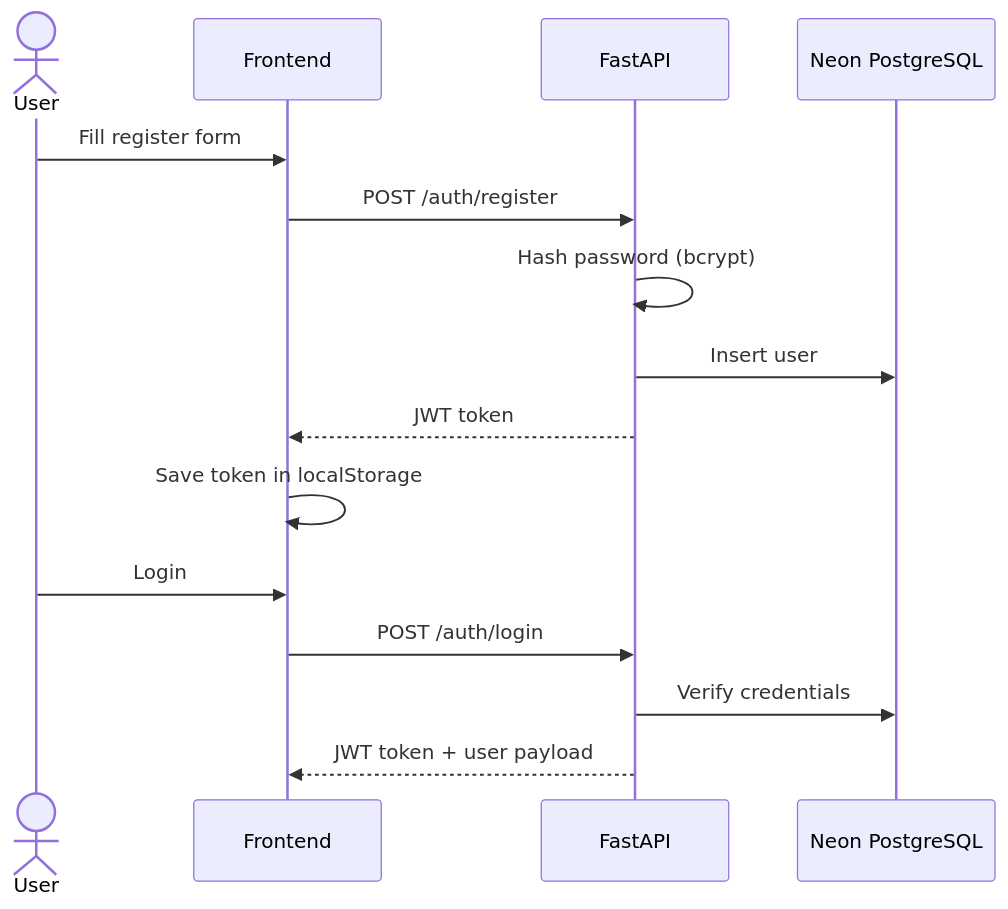
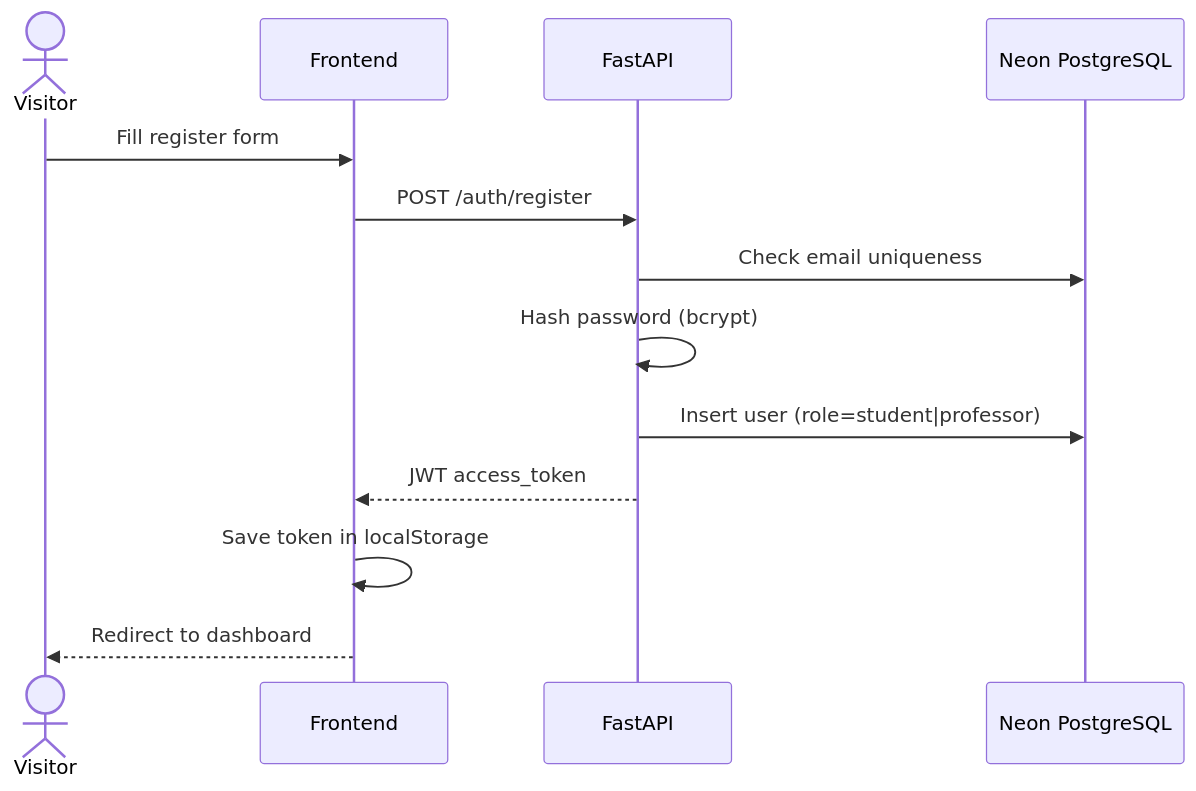
The fourth of 5 diagrams in docs/sprints/SPRINT_1.md (yazidha09/Hub4Learners), drawn with Mermaid before and after one commit. The commit also changed other lines of this file and 1 other file, not shown here.

````diff
--- a/docs/sprints/SPRINT_1.md
+++ b/docs/sprints/SPRINT_1.md
@@ -134,19 +89,16 @@
 ```mermaid
 sequenceDiagram
-    actor User
+    actor Visitor
     participant Frontend
     participant API as FastAPI
     participant DB as Neon PostgreSQL
 
-    User->>Frontend: Fill register form
+    Visitor->>Frontend: Fill register form
     Frontend->>API: POST /auth/register
+    API->>DB: Check email uniqueness
     API->>API: Hash password (bcrypt)
-    API->>DB: Insert user
-    API-->>Frontend: JWT token
+    API->>DB: Insert user (role=student|professor)
+    API-->>Frontend: JWT access_token
     Frontend->>Frontend: Save token in localStorage
-
-    User->>Frontend: Login
-    Frontend->>API: POST /auth/login
-    API->>DB: Verify credentials
-    API-->>Frontend: JWT token + user payload
+    Frontend-->>Visitor: Redirect to dashboard
 ```
````
